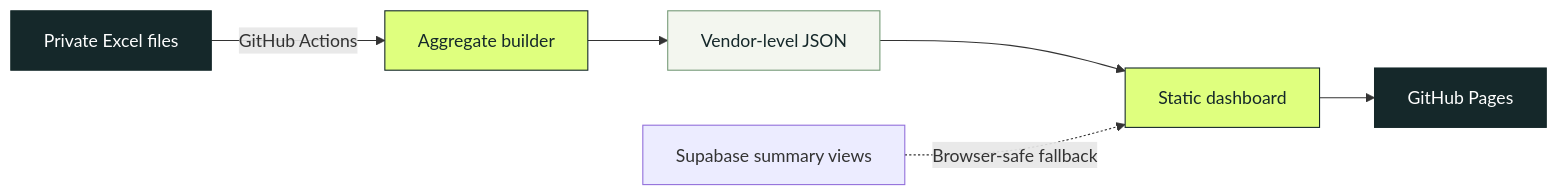
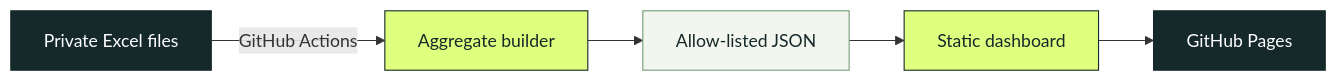
The diagram in README.md (ArshHooda/vendor-intelligence-platform), drawn with Mermaid before and after one commit. The commit also changed other lines of this file and 34 other files, not shown here.

````diff
--- a/README.md
+++ b/README.md
@@ -48,14 +51,13 @@
 ```mermaid
 flowchart LR
     A[Private Excel files] -->|GitHub Actions| B[Aggregate builder]
-    B --> C[Vendor-level JSON]
+    B --> C[Allow-listed JSON]
     C --> D[Static dashboard]
     D --> E[GitHub Pages]
-    F[Supabase summary views] -. Browser-safe fallback .-> D
 
     style A fill:#15282a,color:#ffffff,stroke:#15282a
     style B fill:#dfff7e,color:#15282a,stroke:#15282a
     style C fill:#f3f6ef,color:#15282a,stroke:#769b78
     style D fill:#dfff7e,color:#15282a,stroke:#15282a
     style E fill:#15282a,color:#ffffff,stroke:#15282a
 ```
````
